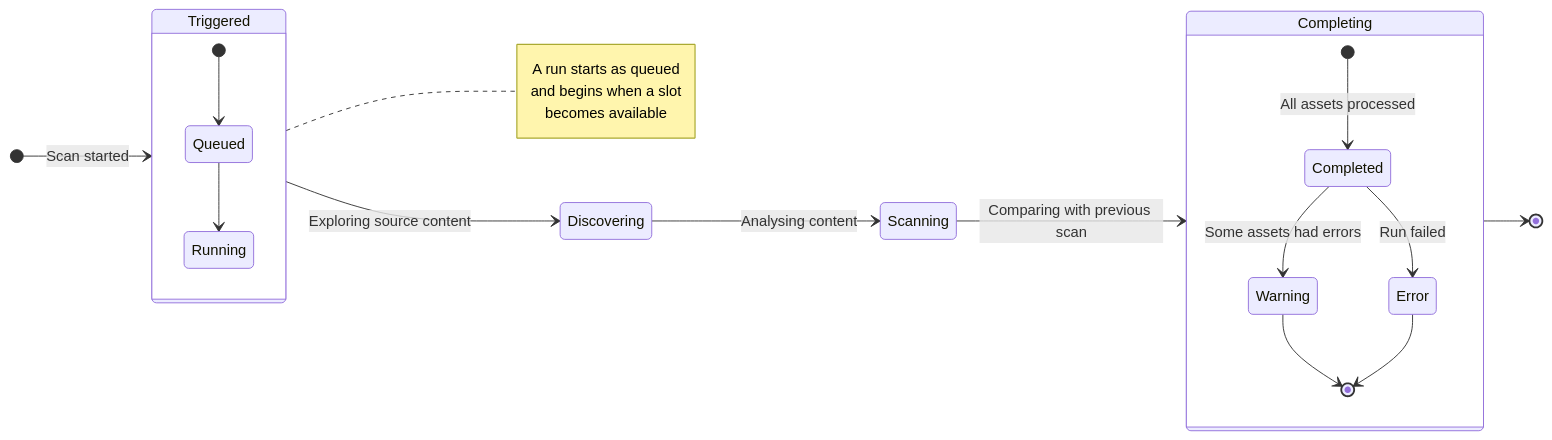
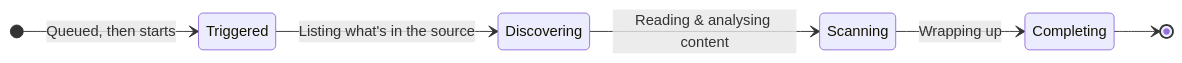
One commit to classifyre/classifyre changed the third of 4 diagrams in apps/docs/app/flow/page.mdx. Above: the diagram before and after it, drawn with Mermaid. The commit also changed other lines of this file and 31 other files, not shown here.

````diff
--- a/apps/docs/app/flow/page.mdx
+++ b/apps/docs/app/flow/page.mdx
@@ -75,28 +61,9 @@
 ```mermaid
 stateDiagram-v2
     direction LR
-    [*] --> Triggered: Scan started
-    Triggered --> Discovering: Exploring source content
-    Discovering --> Scanning: Analysing content
-    Scanning --> Completing: Comparing with previous scan
+    [*] --> Triggered: Queued, then starts
+    Triggered --> Discovering: Listing what's in the source
+    Discovering --> Scanning: Reading & analysing content
+    Scanning --> Completing: Wrapping up
     Completing --> [*]
-
-    state Triggered {
-        [*] --> Queued
-        Queued --> Running
-    }
-
-    state Completing {
-        [*] --> Completed: All assets processed
-        Completed --> Warning: Some assets had errors
-        Completed --> Error: Run failed
-        Warning --> [*]
-        Error --> [*]
-    }
-
-    note right of Triggered
-        A run starts as queued
-        and begins when a slot
-        becomes available
-    end note
 ```
````
